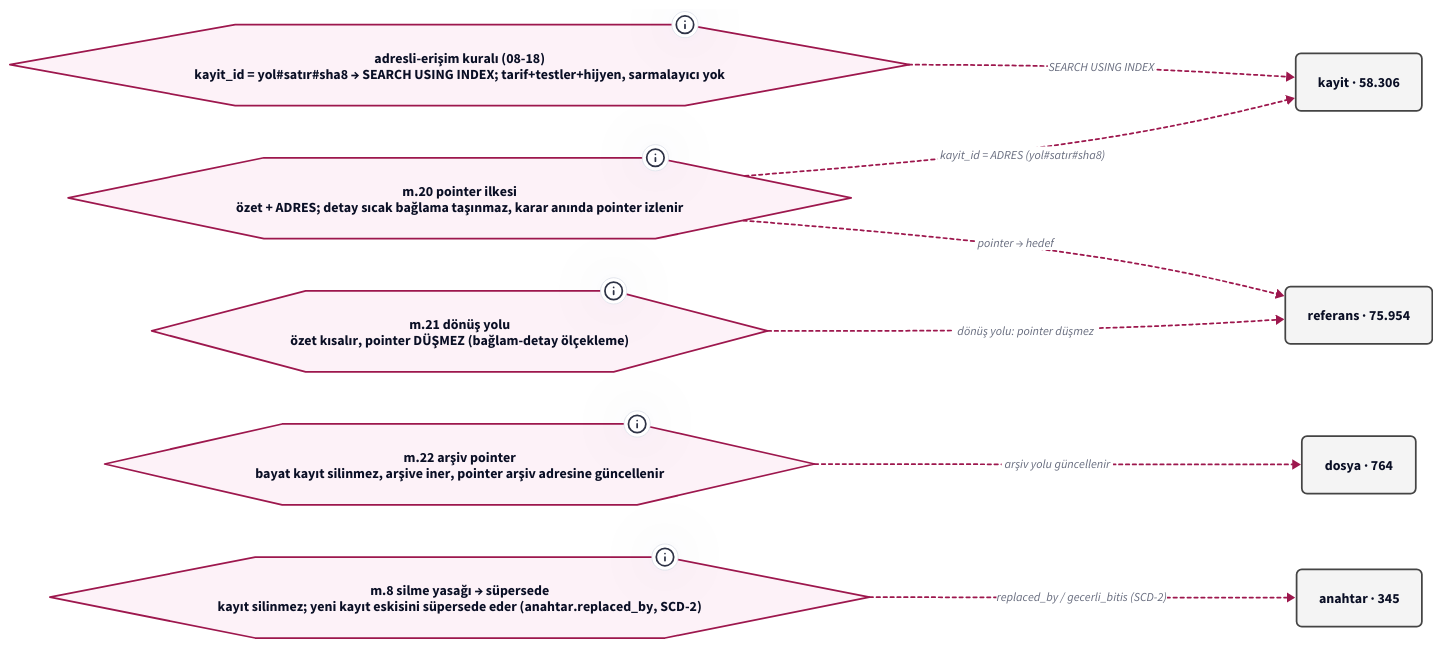
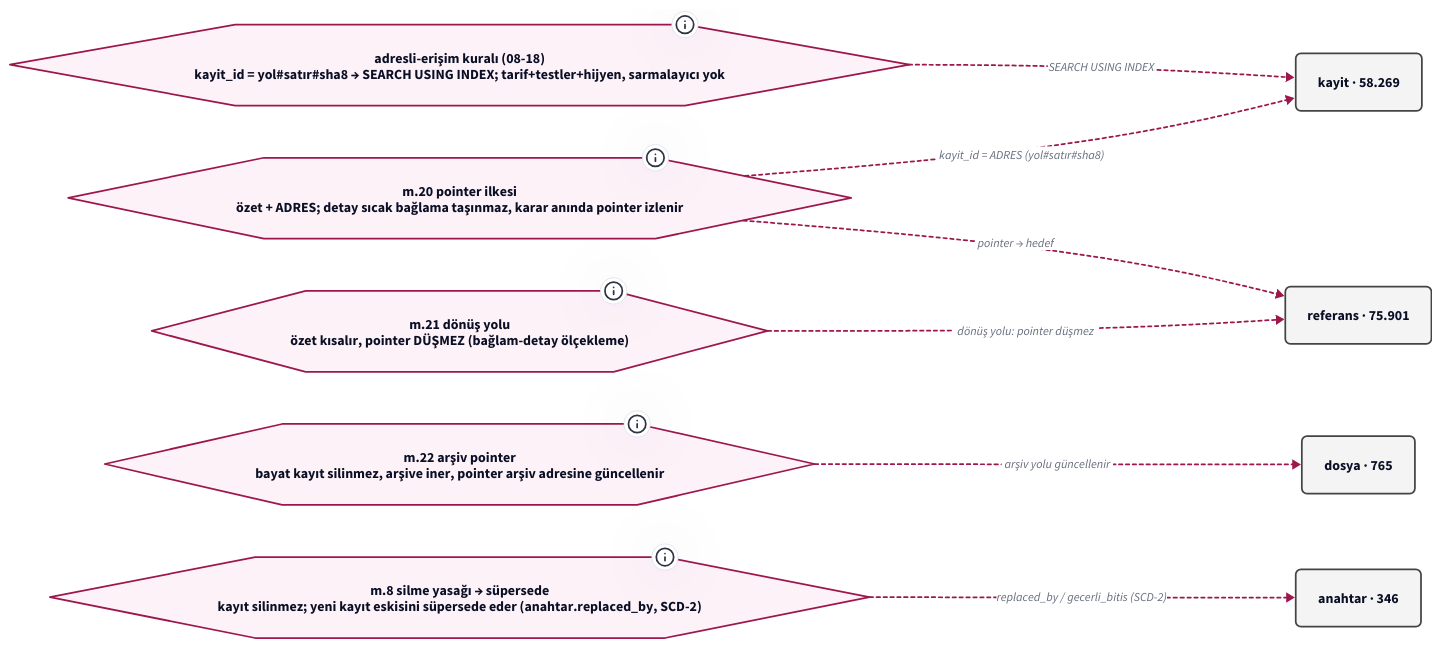
The diagram in graf/pointer-sistemi-v0-ilke.d2 (salihsahinin/sistem), drawn with D2 before and after one commit. The commit also changed 58 other files, not shown here.

```diff
--- a/graf/pointer-sistemi-v0-ilke.d2
+++ b/graf/pointer-sistemi-v0-ilke.d2
@@ -1,33 +1,33 @@
 # Jarvis POINTER SİSTEMİ — POINTER İLKESİ → MEKANİZMA (pano 3/4) (türetilmiş görünüm; ham kaynak silver/bronz)
-# üretici: tools/pointer-graf.py · silver 95fcf8c · HEAD 95fcf8c · d2 v0.8.1-HEAD · render: d2 --layout=elk (ELK bundled; TALA girmez; determinizm yerel sha256 ile ölçülür — Karar 65)
+# üretici: tools/pointer-graf.py · silver d8f86bd · HEAD d8f86bd · d2 v0.8.1-HEAD · render: d2 --layout=elk (ELK bundled; TALA girmez; determinizm yerel sha256 ile ölçülür — Karar 65)
 # içerik katmanı: düğüm/kenar = silver'dan script türetimi (LLM yazmaz); ilke/kronoloji = kanon SABİTİ (pointer'lı, script içinde); yorum katmanı = bu # satırları
 direction: right
 classes: {
   kutu: { style: { fill: "#F4F4F4"; stroke: "#444444"; font-size: 16; border-radius: 6 } }
   pointer: { style: { fill: "#E8F0FE"; stroke: "#1A56DB"; border-radius: 6 } }
   anahtar: { style: { fill: "#FFF4E5"; stroke: "#B45309"; border-radius: 6 } }
   hat: { style: { fill: "#ECFDF5"; stroke: "#047857"; bold: true; border-radius: 6 } }
   ilke: { shape: hexagon; style: { fill: "#FDF2F8"; stroke: "#9D174D" } }
   kron: { shape: page; style: { fill: "#FFFFFF"; stroke: "#6B7280" } }
   dis: { shape: cloud; style: { fill: "#FAFAFA"; stroke: "#9CA3AF" } }
   kirik: { style: { stroke: "#DC2626"; stroke-dash: 3; font-size: 14 } }
   supersede: { style: { stroke: "#B45309"; stroke-dash: 5 } }
   fk: { style: { stroke: "#444444"; font-size: 14 } }
   turetir: { style: { stroke: "#047857"; stroke-width: 3 } }
   uygular: { style: { stroke: "#9D174D"; stroke-dash: 2; font-size: 14 } }
 }
 adres: "adresli-erişim kuralı (08-18)\nkayit_id = yol#satır#sha8 → SEARCH USING INDEX; tarif+testler+hijyen, sarmalayıcı yok" { class: ilke; tooltip: "KILAVUZ.md tasarım-ilkeleri · kuyruk/senaryo-defteri.md Karar 62" }
 m20: "m.20 pointer ilkesi\nözet + ADRES; detay sıcak bağlama taşınmaz, karar anında pointer izlenir" { class: ilke; tooltip: "core/tuzuk-v0.md m.20 · wiki/pointer-sistemi.md" }
 m21: "m.21 dönüş yolu\nözet kısalır, pointer DÜŞMEZ (bağlam-detay ölçekleme)" { class: ilke; tooltip: "core/tuzuk-v0.md m.21" }
 m22: "m.22 arşiv pointer\nbayat kayıt silinmez, arşive iner, pointer arşiv adresine güncellenir" { class: ilke; tooltip: "core/tuzuk-v0.md m.22" }
 m8: "m.8 silme yasağı → süpersede\nkayıt silinmez; yeni kayıt eskisini süpersede eder (anahtar.replaced_by, SCD-2)" { class: ilke; tooltip: "core/tuzuk-v0.md m.8 · core/baglam-anahtar-kaydi.md §3" }
-kayit: "kayit · 58.306" { class: kutu }
-referans: "referans · 75.954" { class: kutu }
-dosya: "dosya · 764" { class: kutu }
-anahtar: "anahtar · 345" { class: kutu }
+kayit: "kayit · 58.269" { class: kutu }
+referans: "referans · 75.901" { class: kutu }
+dosya: "dosya · 765" { class: kutu }
+anahtar: "anahtar · 346" { class: kutu }
 adres -> kayit: "SEARCH USING INDEX" { class: uygular }
 m20 -> kayit: "kayit_id = ADRES (yol#satır#sha8)" { class: uygular }
 m20 -> referans: "pointer → hedef" { class: uygular }
 m21 -> referans: "dönüş yolu: pointer düşmez" { class: uygular }
 m22 -> dosya: "arşiv yolu güncellenir" { class: uygular }
 m8 -> anahtar: "replaced_by / gecerli_bitis (SCD-2)" { class: uygular }
```
